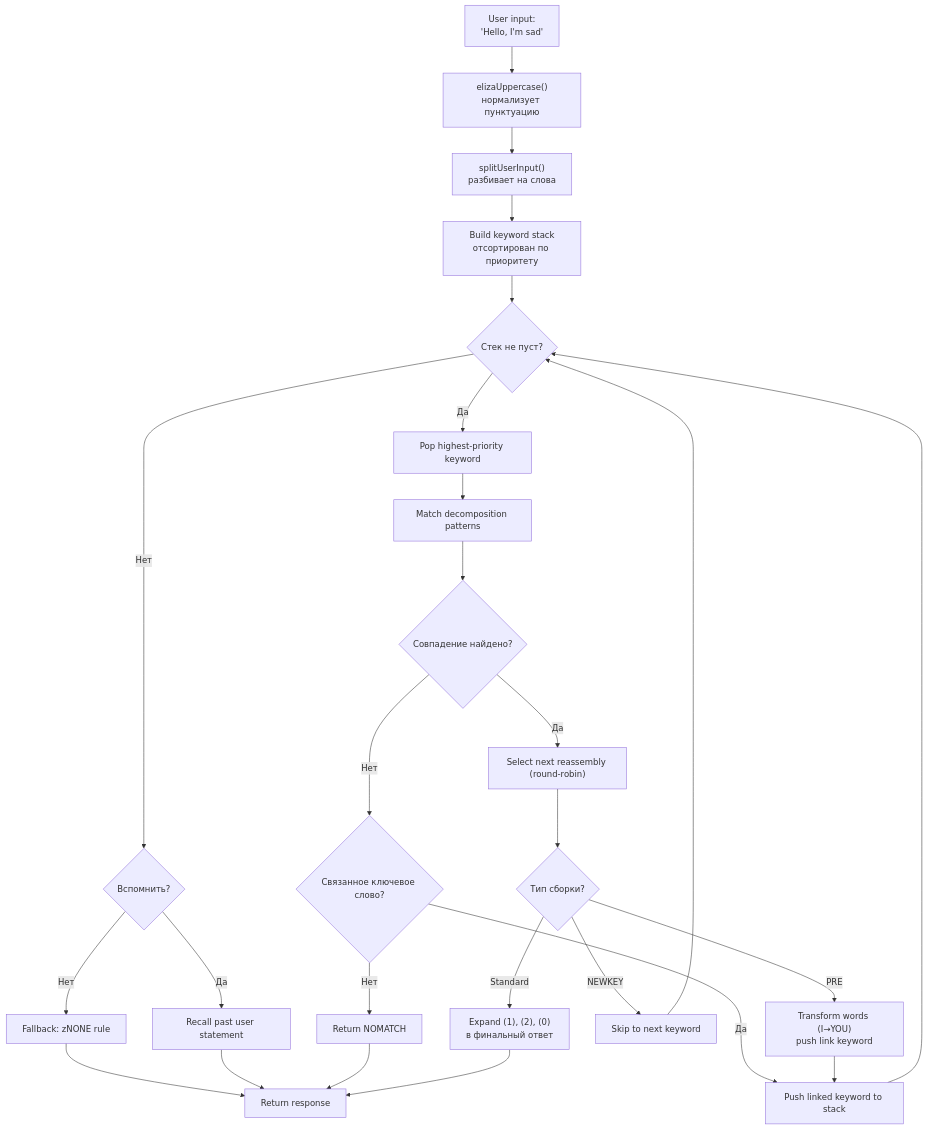
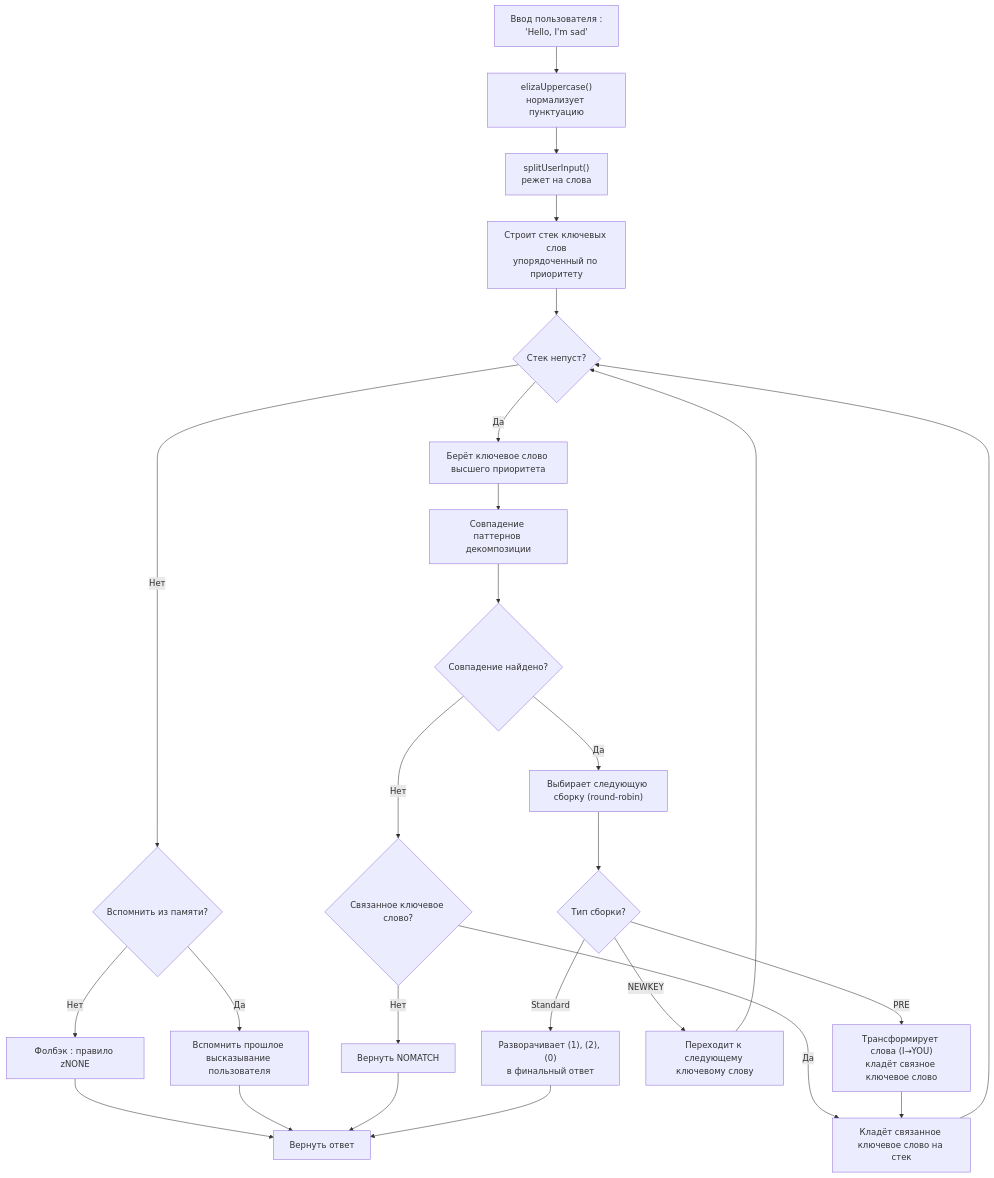
Before and after one commit to fox3000foxy/fox3000foxy.github.io: the first of 2 diagrams in public/articles/ru/from-eliza-to-llm-chatbots-typescript.md, drawn with Mermaid. The commit also changed other lines of this file and 576 other files, not shown here.

````diff
--- a/public/articles/ru/from-eliza-to-llm-chatbots-typescript.md
+++ b/public/articles/ru/from-eliza-to-llm-chatbots-typescript.md
@@ -93,28 +92,28 @@
 ```mermaid
 flowchart TD
-    A["User input:<br>'Hello, I'm sad'"] --> B["elizaUppercase()<br>нормализует пунктуацию"]
-    B --> C["splitUserInput()<br>разбивает на слова"]
-    C --> D["Build keyword stack<br>отсортирован по приоритету"]
-    D --> E{"Стек не пуст?"}
-    E -->|"Да"| F["Pop highest-priority keyword"]
-    E -->|"Нет"| G{"Вспомнить?"}
-    G -->|"Да"| H["Recall past user statement"]
-    G -->|"Нет"| I["Fallback: zNONE rule"]
-    I --> J["Return response"]
+    A["Ввод пользователя :<br>'Hello, I'm sad'"] --> B["elizaUppercase()<br>нормализует пунктуацию"]
+    B --> C["splitUserInput()<br>режет на слова"]
+    C --> D["Строит стек ключевых слов<br>упорядоченный по приоритету"]
+    D --> E{"Стек непуст?"}
+    E -->|"Да"| F["Берёт ключевое слово высшего приоритета"]
+    E -->|"Нет"| G{"Вспомнить из памяти?"}
+    G -->|"Да"| H["Вспомнить прошлое высказывание пользователя"]
+    G -->|"Нет"| I["Фолбэк : правило zNONE"]
+    I --> J["Вернуть ответ"]
     H --> J
-    F --> K["Match decomposition patterns"]
+    F --> K["Совпадение паттернов декомпозиции"]
     K --> L{"Совпадение найдено?"}
     L -->|"Нет"| M{"Связанное ключевое слово?"}
-    M -->|"Да"| N["Push linked keyword to stack"]
+    M -->|"Да"| N["Кладёт связанное ключевое слово на стек"]
     N --> E
-    M -->|"Нет"| O["Return NOMATCH"]
+    M -->|"Нет"| O["Вернуть NOMATCH"]
     O --> J
-    L -->|"Да"| P["Select next reassembly (round-robin)"]
+    L -->|"Да"| P["Выбирает следующую сборку (round-robin)"]
     P --> Q{"Тип сборки?"}
-    Q -->|"PRE"| R["Transform words (I→YOU)<br>push link keyword"]
+    Q -->|"PRE"| R["Трансформирует слова (I→YOU)<br>кладёт связное ключевое слово"]
     R --> N
-    Q -->|"NEWKEY"| S["Skip to next keyword"]
+    Q -->|"NEWKEY"| S["Переходит к следующему ключевому слову"]
     S --> E
-    Q -->|"Standard"| T["Expand (1), (2), (0)<br>в финальный ответ"]
+    Q -->|"Standard"| T["Разворачивает (1), (2), (0)<br>в финальный ответ"]
     T --> J
 ```
````
